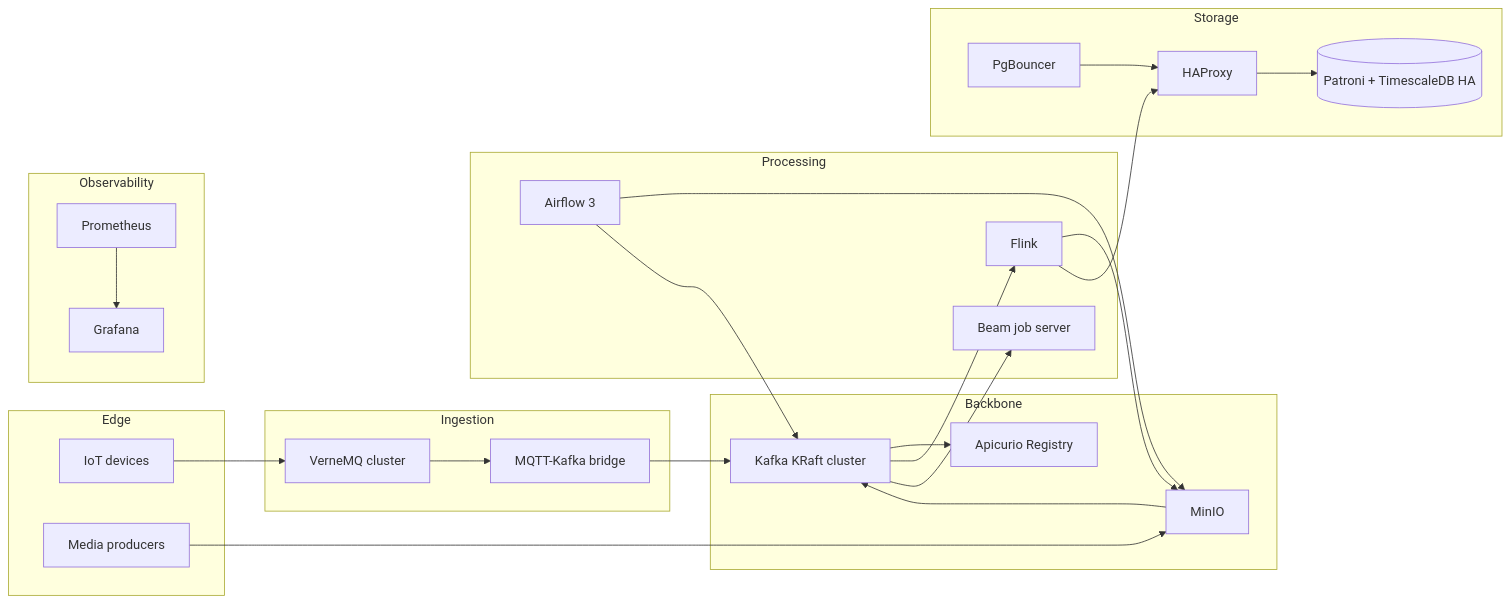
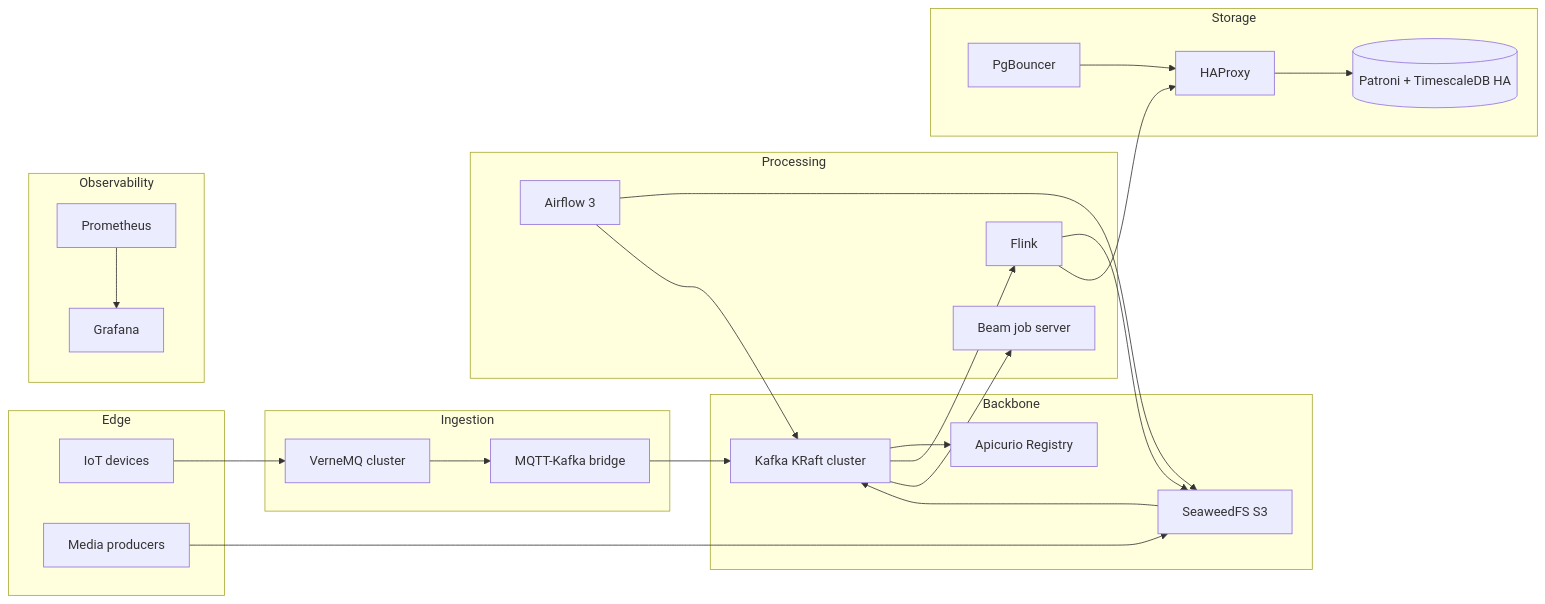
Before and after one commit to Smartappli/DEALIoT: the diagram in README.md, drawn with Mermaid. The commit also changed other lines of this file and 24 other files, not shown here.

````diff
--- a/README.md
+++ b/README.md
@@ -37,47 +37,47 @@
 ```mermaid
 flowchart LR
   subgraph Edge
     D[IoT devices]
     M[Media producers]
   end
 
   subgraph Ingestion
     V[VerneMQ cluster]
     B[MQTT-Kafka bridge]
   end
 
   subgraph Backbone
     K[Kafka KRaft cluster]
     R[Apicurio Registry]
-    O[MinIO]
+    O[SeaweedFS S3]
   end
 
   subgraph Processing
     F[Flink]
     J[Beam job server]
     A[Airflow 3]
   end
 
   subgraph Storage
     H[HAProxy]
     P[(Patroni + TimescaleDB HA)]
     G[PgBouncer]
   end
 
   subgraph Observability
     PR[Prometheus]
     GF[Grafana]
   end
 
   D --> V --> B --> K
   M --> O --> K
   K --> R
   K --> F
   K --> J
   A --> O
   A --> K
   F --> O
   F --> H --> P
   G --> H
   PR --> GF
 ```
````
